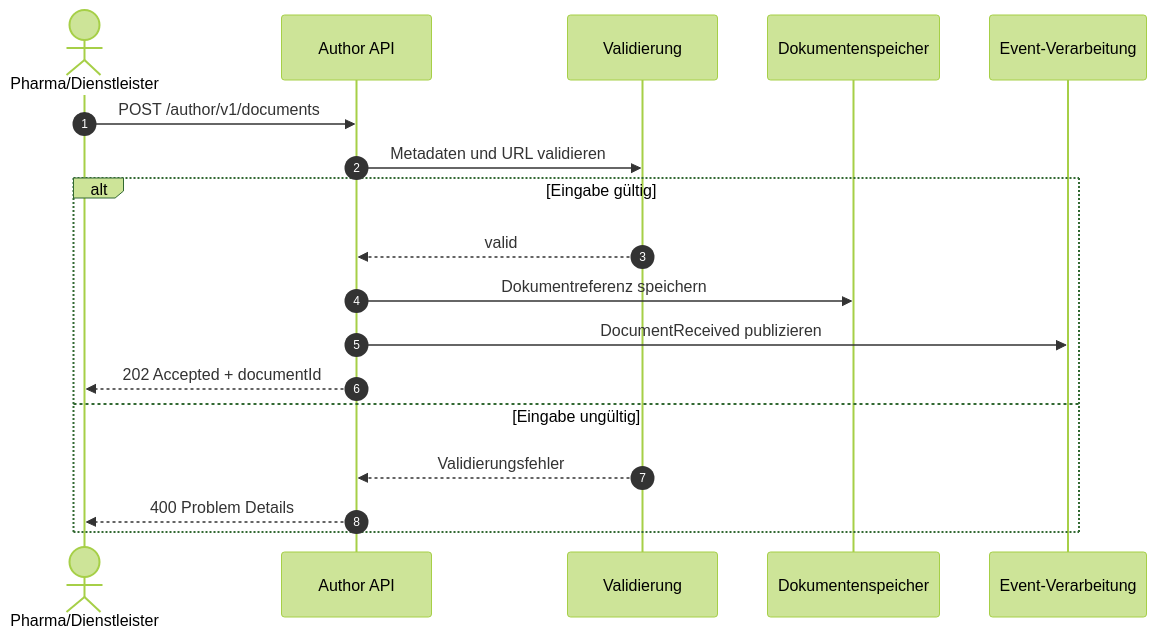
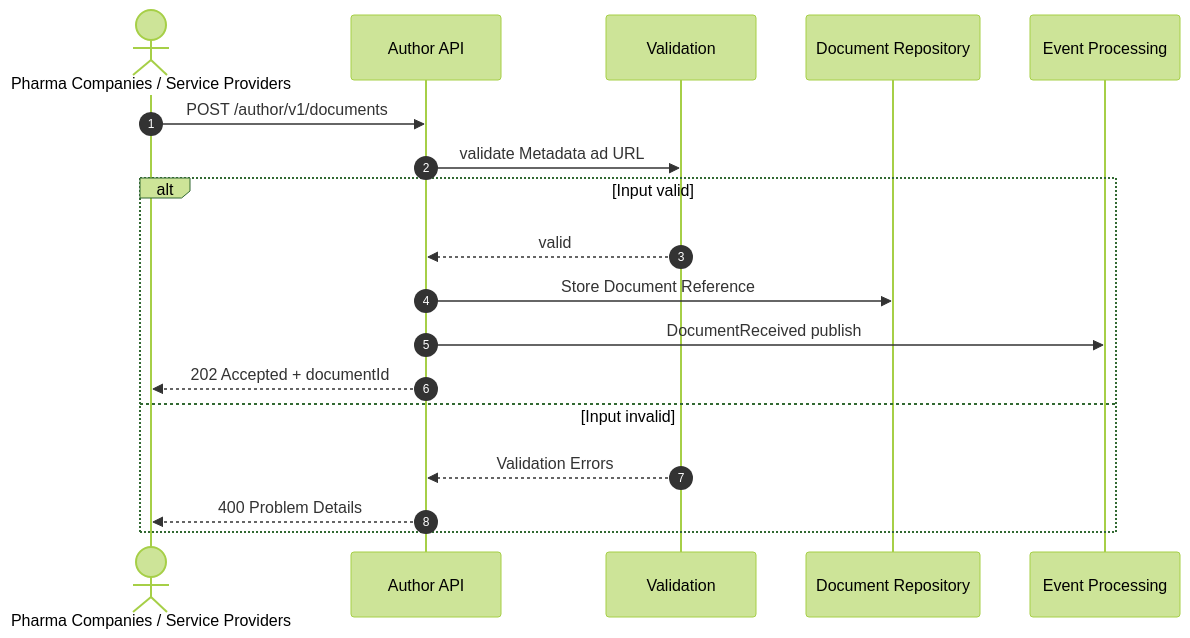
One commit to Wolfgang61/rl-digital-api-docs changed the second of 3 diagrams in content/apis/eaapi/_index.md. Above: the diagram before and after it, drawn with Mermaid (forest theme). The commit also changed other lines of this file and 5 other files, not shown here.

````diff
--- a/content/apis/eaapi/_index.md
+++ b/content/apis/eaapi/_index.md
@@ -33,21 +37,21 @@
 ```mermaid
 sequenceDiagram
     autonumber
-    actor Partner as Pharma/Dienstleister
+    actor Partner as Pharma Companies / Service Providers
     participant EA as Author API
-    participant VAL as Validierung
-    participant STORE as Dokumentenspeicher
-    participant EVT as Event-Verarbeitung
+    participant VAL as Validation
+    participant STORE as Document Repository
+    participant EVT as Event Processing
 
     Partner->>EA: POST /author/v1/documents
-    EA->>VAL: Metadaten und URL validieren
-    alt Eingabe gültig
+    EA->>VAL:validate Metadata ad URL
+    alt Input valid
         VAL-->>EA: valid
-        EA->>STORE: Dokumentreferenz speichern
-        EA->>EVT: DocumentReceived publizieren
+        EA->>STORE: Store Document Reference
+        EA->>EVT: DocumentReceived publish
         EA-->>Partner: 202 Accepted + documentId
-    else Eingabe ungültig
-        VAL-->>EA: Validierungsfehler
+    else Input invalid
+        VAL-->>EA: Validation Errors
         EA-->>Partner: 400 Problem Details
     end
 ```
````
